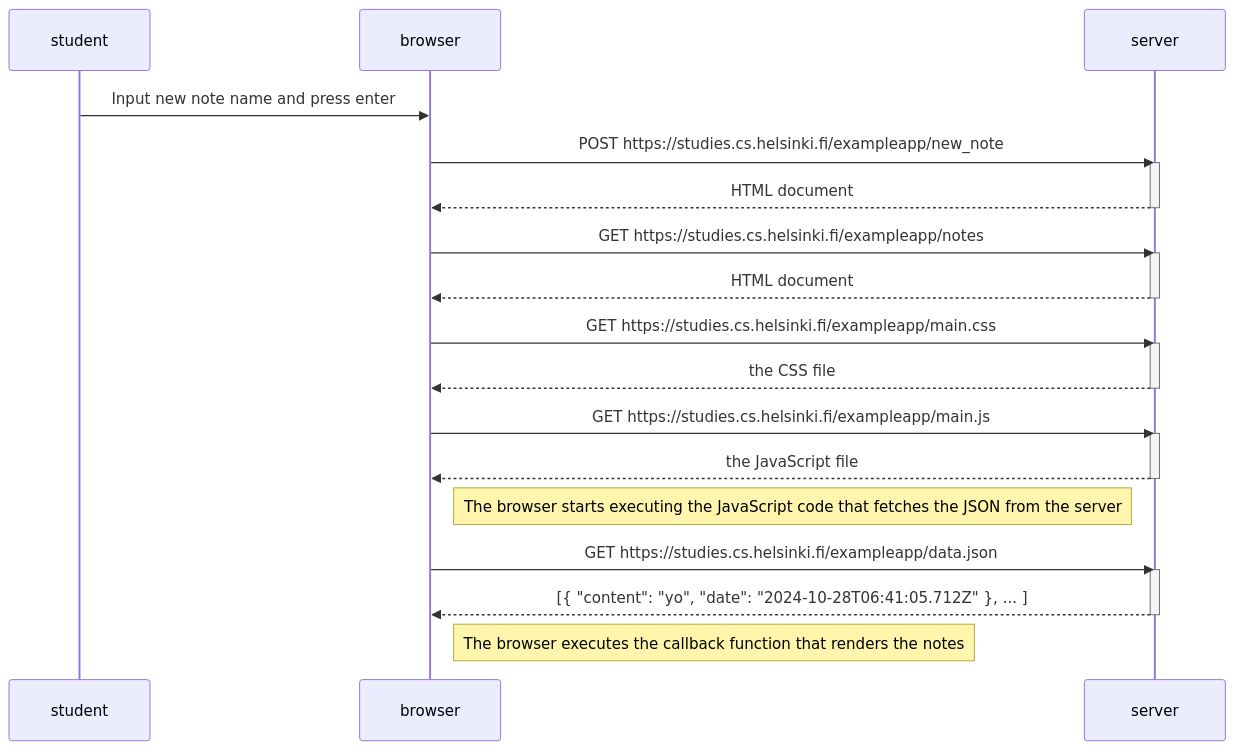
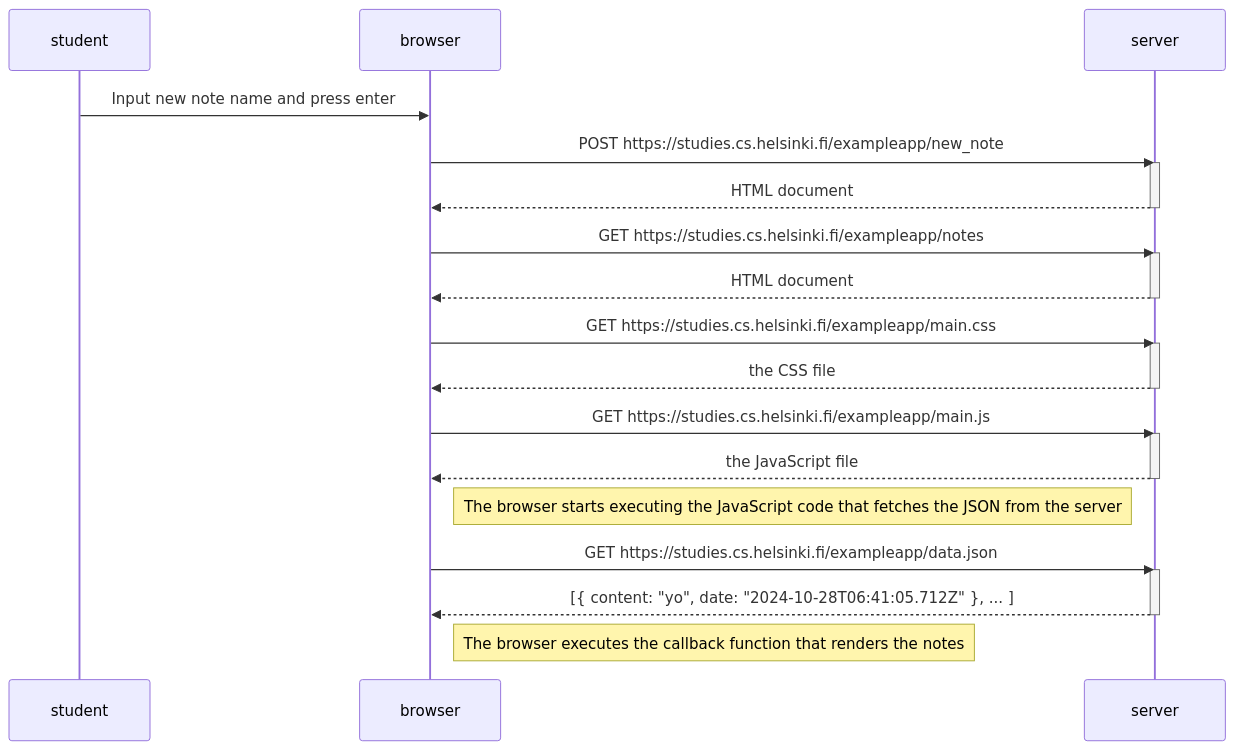
The first of 3 diagrams in part0/README.md (ExtranoDev/fullstackopen), drawn with Mermaid before and after one commit. The commit also changed other lines of this file, not shown here.

Commit message:
New note in Single page app diagram

````diff
--- a/part0/README.md
+++ b/part0/README.md
@@ -3,37 +3,37 @@
 ```mermaid
 sequenceDiagram
     participant student
     participant browser
     participant server
 
     student->>browser: Input new note name and press enter
 
     browser->>server: POST https://studies.cs.helsinki.fi/exampleapp/new_note
     activate server
     server-->>browser: HTML document
     deactivate server
 
     browser->>server: GET https://studies.cs.helsinki.fi/exampleapp/notes
     activate server
     server-->>browser: HTML document
     deactivate server
 
     browser->>server: GET https://studies.cs.helsinki.fi/exampleapp/main.css
     activate server
     server-->>browser: the CSS file
     deactivate server
 
     browser->>server: GET https://studies.cs.helsinki.fi/exampleapp/main.js
     activate server
     server-->>browser: the JavaScript file
     deactivate server
 
     Note right of browser: The browser starts executing the JavaScript code that fetches the JSON from the server
 
     browser->>server: GET https://studies.cs.helsinki.fi/exampleapp/data.json
     activate server
-    server-->>browser: [{ "content": "yo", "date": "2024-10-28T06:41:05.712Z" }, ... ]
+    server-->>browser: [{ content: "yo", date: "2024-10-28T06:41:05.712Z" }, ... ]
     deactivate server
 
     Note right of browser: The browser executes the callback function that renders the notes
 ```
````
